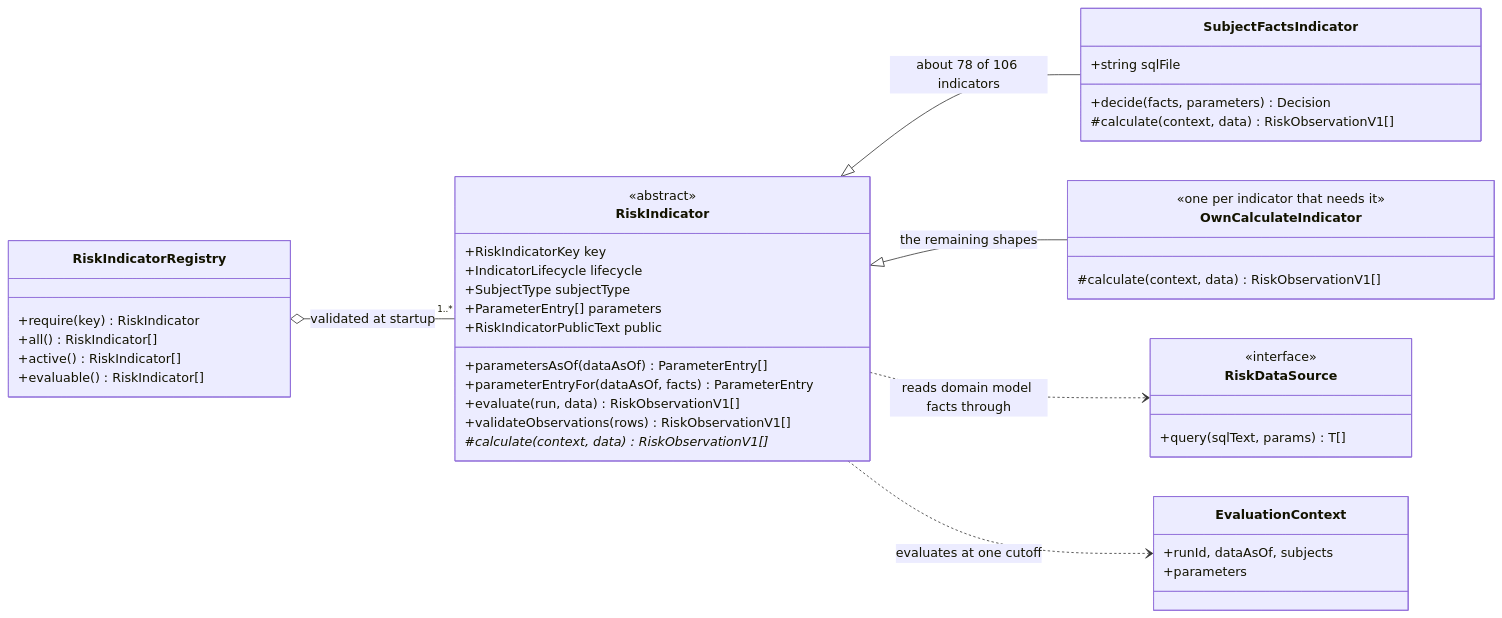
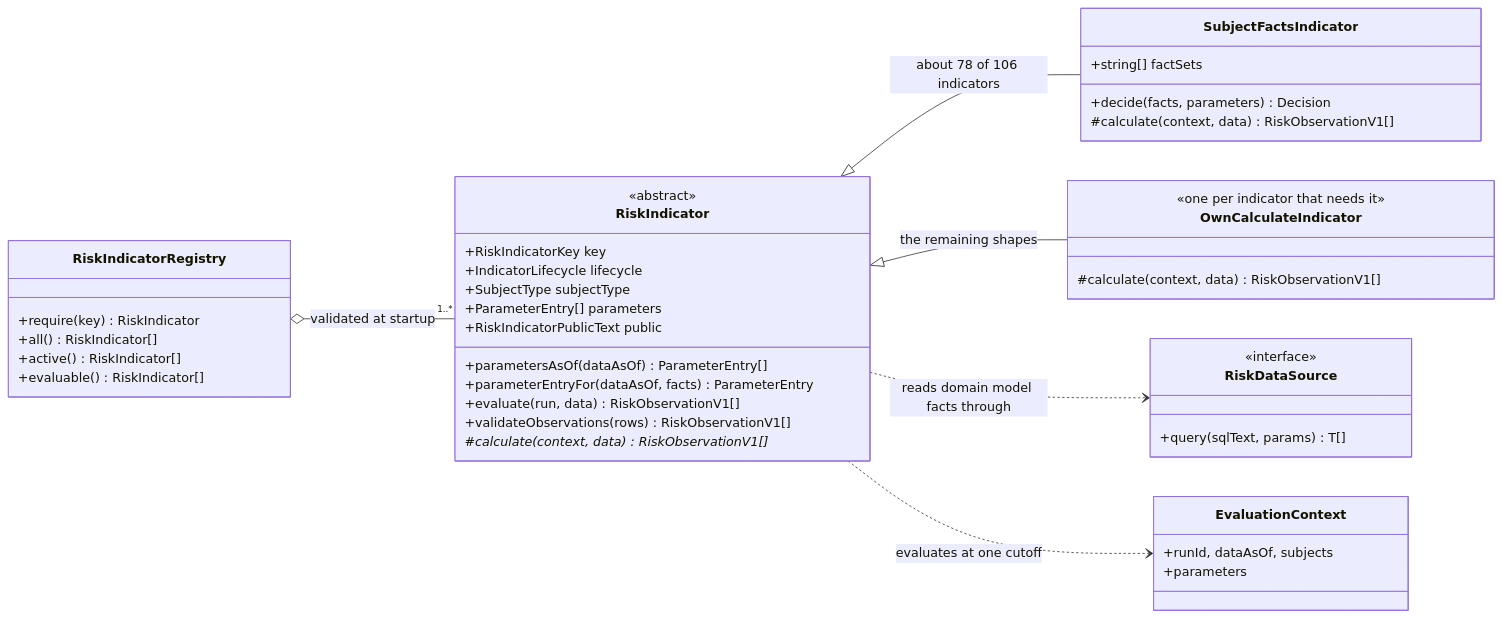
Before and after one commit to Viespirkiu-grupe/viespirkiai: the seventh of 9 diagrams in docs/indicators-story/risk-service-architecture.md, drawn with Mermaid. The commit also changed other lines of this file, not shown here.

Commit message:
architecture update

````diff
--- a/docs/indicators-story/risk-service-architecture.md
+++ b/docs/indicators-story/risk-service-architecture.md
@@ -1094,52 +1262,52 @@
 ```mermaid
 classDiagram
     direction LR
 
     class RiskIndicator {
         <<abstract>>
         +RiskIndicatorKey key
         +IndicatorLifecycle lifecycle
         +SubjectType subjectType
         +ParameterEntry[] parameters
         +RiskIndicatorPublicText public
         +parametersAsOf(dataAsOf) ParameterEntry[]
         +parameterEntryFor(dataAsOf, facts) ParameterEntry
         +evaluate(run, data) RiskObservationV1[]
         +validateObservations(rows) RiskObservationV1[]
         #calculate(context, data)* RiskObservationV1[]
     }
 
     class SubjectFactsIndicator {
-        +string sqlFile
+        +string[] factSets
         +decide(facts, parameters) Decision
         #calculate(context, data) RiskObservationV1[]
     }
 
     class OwnCalculateIndicator {
         <<one per indicator that needs it>>
         #calculate(context, data) RiskObservationV1[]
     }
 
     class RiskIndicatorRegistry {
         +require(key) RiskIndicator
         +all() RiskIndicator[]
         +active() RiskIndicator[]
         +evaluable() RiskIndicator[]
     }
 
     class RiskDataSource {
         <<interface>>
         +query(sqlText, params) T[]
     }
 
     class EvaluationContext {
         +runId, dataAsOf, subjects
         +parameters
     }
 
     RiskIndicator <|-- SubjectFactsIndicator : about 78 of 106 indicators
     RiskIndicator <|-- OwnCalculateIndicator : the remaining shapes
     RiskIndicatorRegistry o-- "1..*" RiskIndicator : validated at startup
     RiskIndicator ..> RiskDataSource : reads domain model facts through
     RiskIndicator ..> EvaluationContext : evaluates at one cutoff
 ```
````
